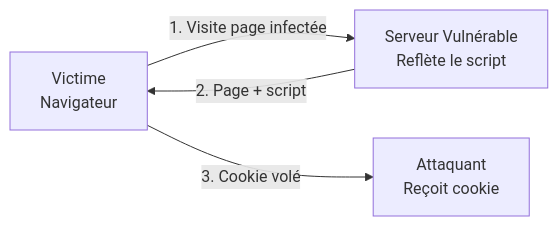
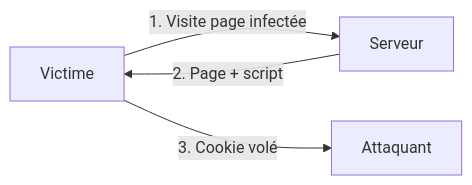
Before and after one commit to yugmerabtene/techniques-de-hacking-niveau-1: the fourth of 4 diagrams in JOUR-01.md, drawn with Mermaid. The commit also changed other lines of this file and 12 other files, not shown here.

````diff
--- a/JOUR-01.md
+++ b/JOUR-01.md
@@ -329,6 +198,6 @@
 ```mermaid
 flowchart LR
-    A["Victime<br/>Navigateur"] -->|"1. Visite page infectée"| B["Serveur Vulnérable<br/>Reflète le script"]
+    A["Victime"] -->|"1. Visite page infectée"| B["Serveur"]
     B -->|"2. Page + script"| A
-    A -->|"3. Cookie volé"| C["Attaquant<br/>Reçoit cookie"]
+    A -->|"3. Cookie volé"| C["Attaquant"]
 ```
````
